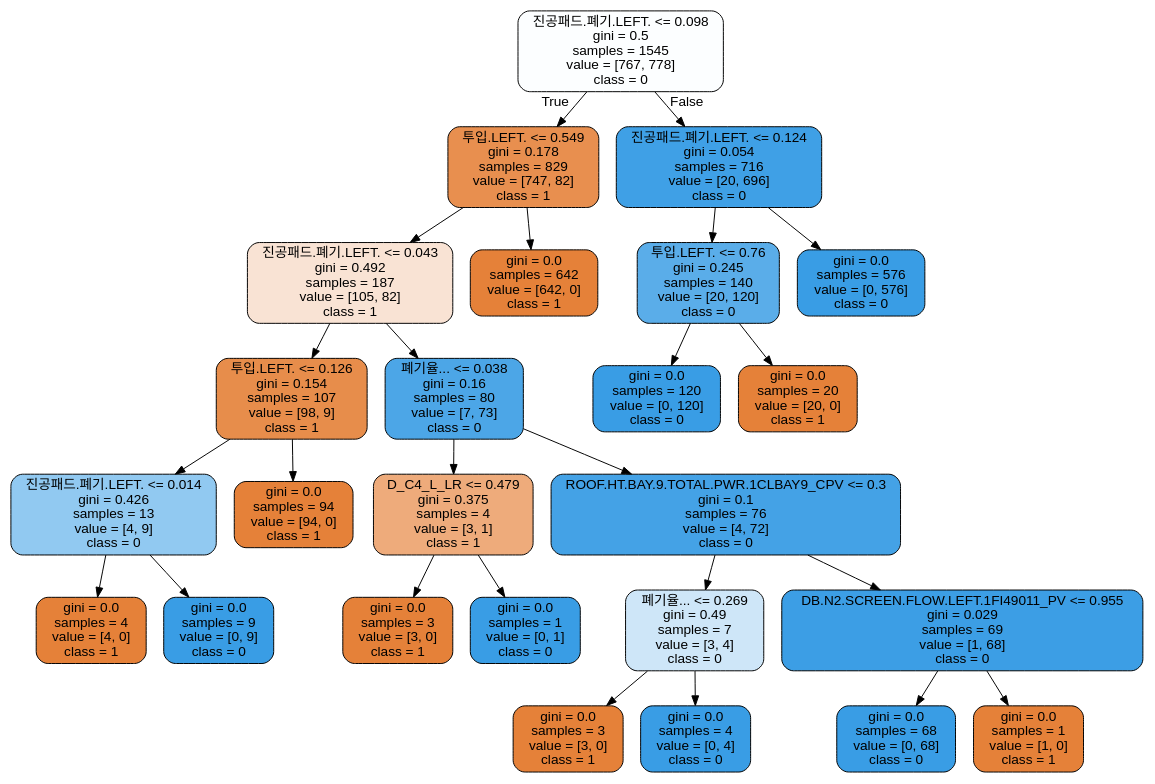
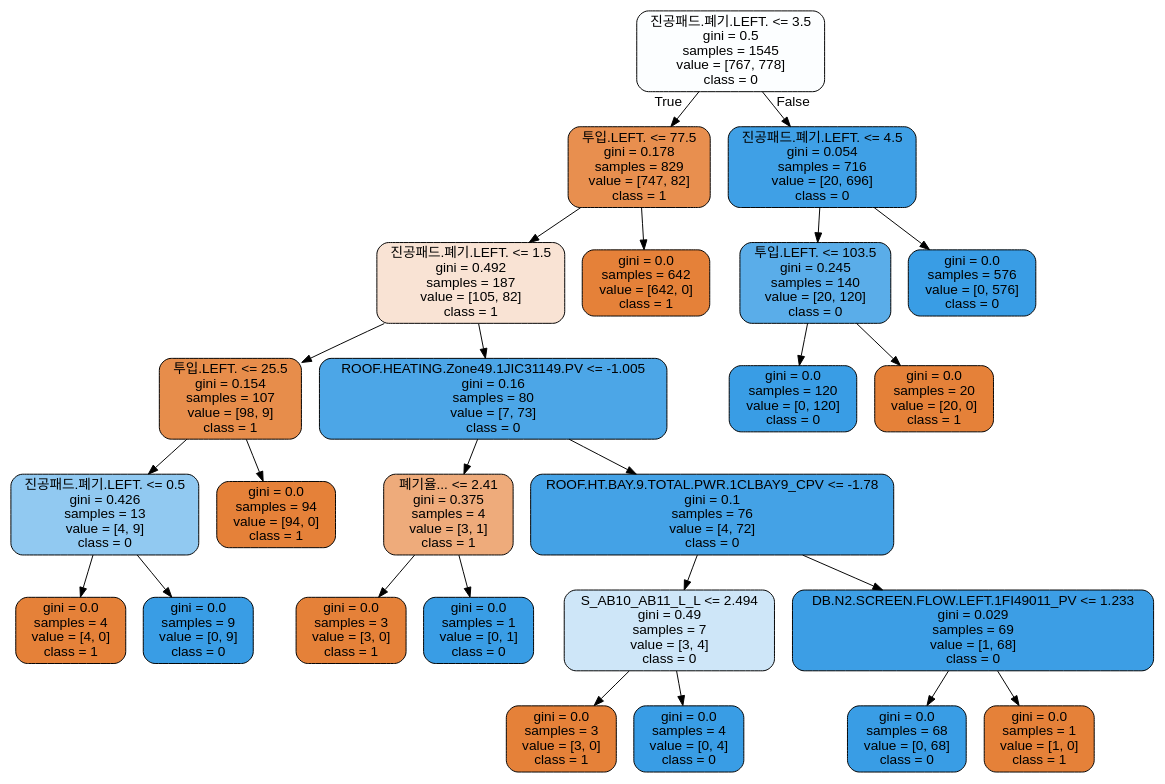
The diagram in 01. 모델링/Vac_tree.dot (gmlwlswls/LGD_anomaly_detection), drawn with Graphviz before and after one commit. The commit also changed 7 other files, not shown here.

```diff
--- a/01. 모델링/Vac_tree.dot
+++ b/01. 모델링/Vac_tree.dot
@@ -1,53 +1,53 @@
 digraph Tree {
 node [shape=box, style="filled, rounded", color="black", fontname="helvetica"] ;
 edge [fontname="helvetica"] ;
-0 [label="진공패드.폐기.LEFT. <= 0.098\ngini = 0.5\nsamples = 1545\nvalue = [767, 778]\nclass = 0", fillcolor="#fcfeff"] ;
-1 [label="투입.LEFT. <= 0.549\ngini = 0.178\nsamples = 829\nvalue = [747, 82]\nclass = 1", fillcolor="#e88f4f"] ;
+0 [label="진공패드.폐기.LEFT. <= 3.5\ngini = 0.5\nsamples = 1545\nvalue = [767, 778]\nclass = 0", fillcolor="#fcfeff"] ;
+1 [label="투입.LEFT. <= 77.5\ngini = 0.178\nsamples = 829\nvalue = [747, 82]\nclass = 1", fillcolor="#e88f4f"] ;
 0 -> 1 [labeldistance=2.5, labelangle=45, headlabel="True"] ;
-2 [label="진공패드.폐기.LEFT. <= 0.043\ngini = 0.492\nsamples = 187\nvalue = [105, 82]\nclass = 1", fillcolor="#f9e3d4"] ;
+2 [label="진공패드.폐기.LEFT. <= 1.5\ngini = 0.492\nsamples = 187\nvalue = [105, 82]\nclass = 1", fillcolor="#f9e3d4"] ;
 1 -> 2 ;
-3 [label="투입.LEFT. <= 0.126\ngini = 0.154\nsamples = 107\nvalue = [98, 9]\nclass = 1", fillcolor="#e78d4b"] ;
+3 [label="투입.LEFT. <= 25.5\ngini = 0.154\nsamples = 107\nvalue = [98, 9]\nclass = 1", fillcolor="#e78d4b"] ;
 2 -> 3 ;
-4 [label="진공패드.폐기.LEFT. <= 0.014\ngini = 0.426\nsamples = 13\nvalue = [4, 9]\nclass = 0", fillcolor="#91c9f1"] ;
+4 [label="진공패드.폐기.LEFT. <= 0.5\ngini = 0.426\nsamples = 13\nvalue = [4, 9]\nclass = 0", fillcolor="#91c9f1"] ;
 3 -> 4 ;
 5 [label="gini = 0.0\nsamples = 4\nvalue = [4, 0]\nclass = 1", fillcolor="#e58139"] ;
 4 -> 5 ;
 6 [label="gini = 0.0\nsamples = 9\nvalue = [0, 9]\nclass = 0", fillcolor="#399de5"] ;
 4 -> 6 ;
 7 [label="gini = 0.0\nsamples = 94\nvalue = [94, 0]\nclass = 1", fillcolor="#e58139"] ;
 3 -> 7 ;
-8 [label="폐기율... <= 0.038\ngini = 0.16\nsamples = 80\nvalue = [7, 73]\nclass = 0", fillcolor="#4ca6e7"] ;
+8 [label="ROOF.HEATING.Zone49.1JIC31149.PV <= -1.005\ngini = 0.16\nsamples = 80\nvalue = [7, 73]\nclass = 0", fillcolor="#4ca6e7"] ;
 2 -> 8 ;
-9 [label="D_C4_L_LR <= 0.479\ngini = 0.375\nsamples = 4\nvalue = [3, 1]\nclass = 1", fillcolor="#eeab7b"] ;
+9 [label="폐기율... <= 2.41\ngini = 0.375\nsamples = 4\nvalue = [3, 1]\nclass = 1", fillcolor="#eeab7b"] ;
 8 -> 9 ;
 10 [label="gini = 0.0\nsamples = 3\nvalue = [3, 0]\nclass = 1", fillcolor="#e58139"] ;
 9 -> 10 ;
 11 [label="gini = 0.0\nsamples = 1\nvalue = [0, 1]\nclass = 0", fillcolor="#399de5"] ;
 9 -> 11 ;
-12 [label="ROOF.HT.BAY.9.TOTAL.PWR.1CLBAY9_CPV <= 0.3\ngini = 0.1\nsamples = 76\nvalue = [4, 72]\nclass = 0", fillcolor="#44a2e6"] ;
+12 [label="ROOF.HT.BAY.9.TOTAL.PWR.1CLBAY9_CPV <= -1.78\ngini = 0.1\nsamples = 76\nvalue = [4, 72]\nclass = 0", fillcolor="#44a2e6"] ;
 8 -> 12 ;
-13 [label="폐기율... <= 0.269\ngini = 0.49\nsamples = 7\nvalue = [3, 4]\nclass = 0", fillcolor="#cee6f8"] ;
+13 [label="S_AB10_AB11_L_L <= 2.494\ngini = 0.49\nsamples = 7\nvalue = [3, 4]\nclass = 0", fillcolor="#cee6f8"] ;
 12 -> 13 ;
 14 [label="gini = 0.0\nsamples = 3\nvalue = [3, 0]\nclass = 1", fillcolor="#e58139"] ;
 13 -> 14 ;
 15 [label="gini = 0.0\nsamples = 4\nvalue = [0, 4]\nclass = 0", fillcolor="#399de5"] ;
 13 -> 15 ;
-16 [label="DB.N2.SCREEN.FLOW.LEFT.1FI49011_PV <= 0.955\ngini = 0.029\nsamples = 69\nvalue = [1, 68]\nclass = 0", fillcolor="#3c9ee5"] ;
+16 [label="DB.N2.SCREEN.FLOW.LEFT.1FI49011_PV <= 1.233\ngini = 0.029\nsamples = 69\nvalue = [1, 68]\nclass = 0", fillcolor="#3c9ee5"] ;
 12 -> 16 ;
 17 [label="gini = 0.0\nsamples = 68\nvalue = [0, 68]\nclass = 0", fillcolor="#399de5"] ;
 16 -> 17 ;
 18 [label="gini = 0.0\nsamples = 1\nvalue = [1, 0]\nclass = 1", fillcolor="#e58139"] ;
 16 -> 18 ;
 19 [label="gini = 0.0\nsamples = 642\nvalue = [642, 0]\nclass = 1", fillcolor="#e58139"] ;
 1 -> 19 ;
-20 [label="진공패드.폐기.LEFT. <= 0.124\ngini = 0.054\nsamples = 716\nvalue = [20, 696]\nclass = 0", fillcolor="#3fa0e6"] ;
+20 [label="진공패드.폐기.LEFT. <= 4.5\ngini = 0.054\nsamples = 716\nvalue = [20, 696]\nclass = 0", fillcolor="#3fa0e6"] ;
 0 -> 20 [labeldistance=2.5, labelangle=-45, headlabel="False"] ;
-21 [label="투입.LEFT. <= 0.76\ngini = 0.245\nsamples = 140\nvalue = [20, 120]\nclass = 0", fillcolor="#5aade9"] ;
+21 [label="투입.LEFT. <= 103.5\ngini = 0.245\nsamples = 140\nvalue = [20, 120]\nclass = 0", fillcolor="#5aade9"] ;
 20 -> 21 ;
 22 [label="gini = 0.0\nsamples = 120\nvalue = [0, 120]\nclass = 0", fillcolor="#399de5"] ;
 21 -> 22 ;
 23 [label="gini = 0.0\nsamples = 20\nvalue = [20, 0]\nclass = 1", fillcolor="#e58139"] ;
 21 -> 23 ;
 24 [label="gini = 0.0\nsamples = 576\nvalue = [0, 576]\nclass = 0", fillcolor="#399de5"] ;
 20 -> 24 ;
 }
```
